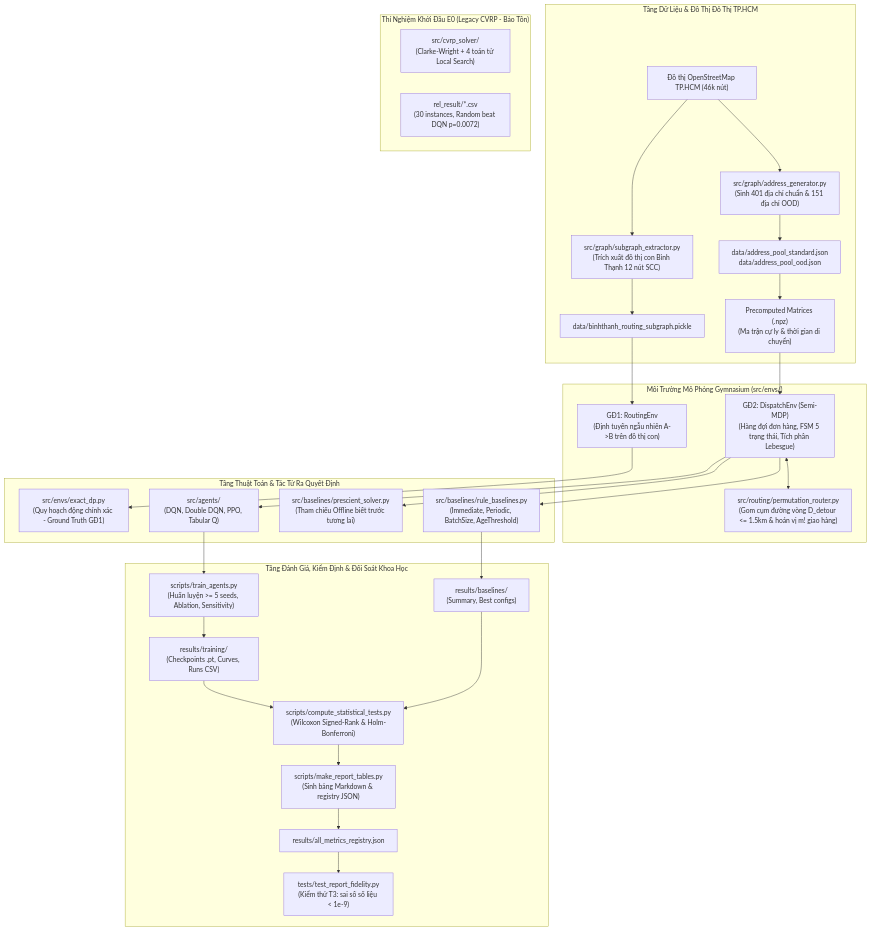
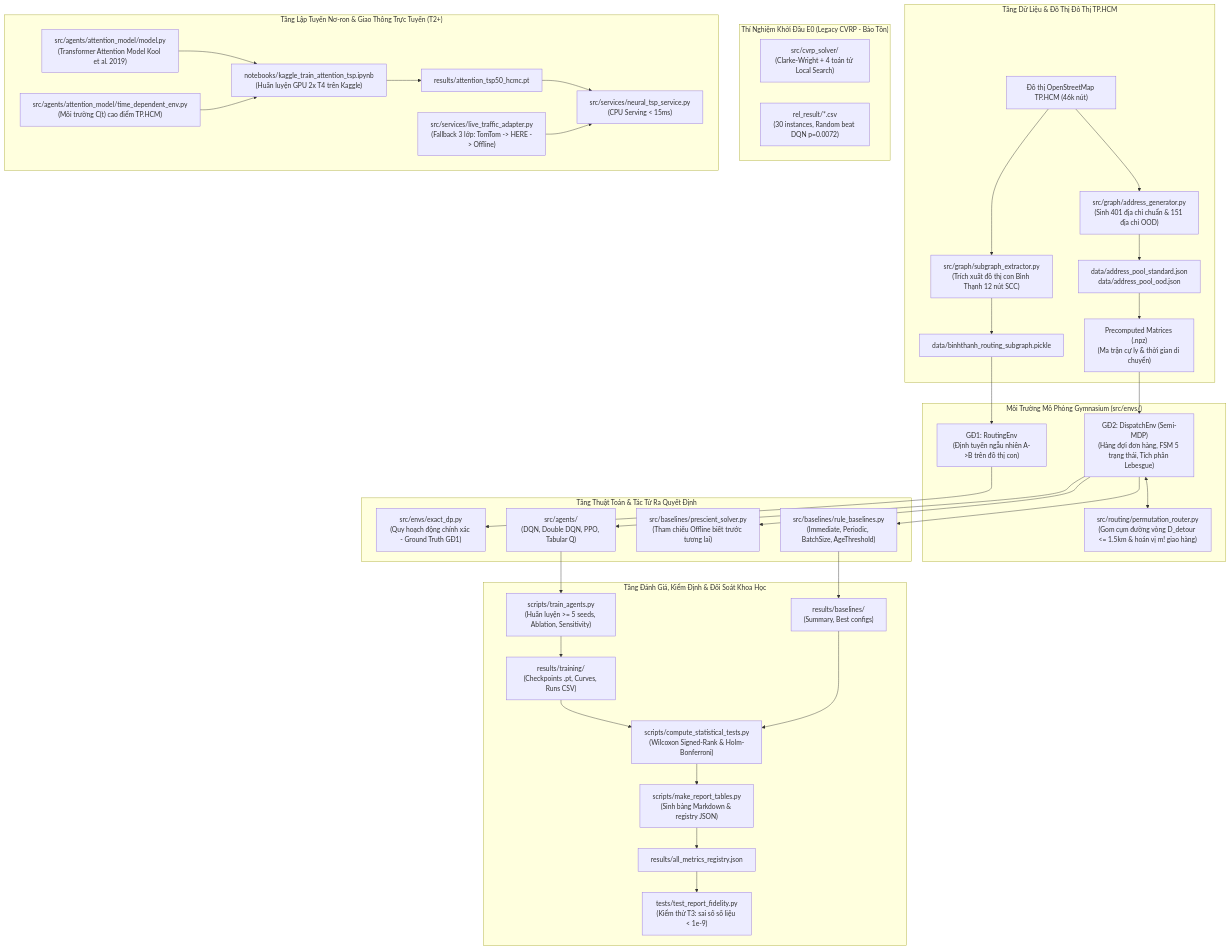
Before and after one commit to philipsgn/HotWAY: the diagram in ARCHITECTURE.md, drawn with Mermaid. The commit also changed other lines of this file and 26 other files, not shown here.

Commit message:
feat(neural-tsp): implement Kool et al. (2019) Attention Model, 3-layer traffic fallback, cleanup legacy code & sync docs (v7.1.0)

````diff
--- a/ARCHITECTURE.md
+++ b/ARCHITECTURE.md
@@ -12,53 +12,66 @@
 ```mermaid
 flowchart TD
     subgraph S1["Tầng Dữ Liệu & Đồ Thị Đô Thị TP.HCM"]
         OSM["Đồ thị OpenStreetMap TP.HCM (46k nút)"]
         SubExt["src/graph/subgraph_extractor.py\n(Trích xuất đồ thị con Bình Thạnh 12 nút SCC)"]
         AddrGen["src/graph/address_generator.py\n(Sinh 401 địa chỉ chuẩn & 151 địa chỉ OOD)"]
         MatPre["Precomputed Matrices (.npz)\n(Ma trận cự ly & thời gian di chuyển)"]
         
         OSM --> SubExt --> SubGraph["data/binhthanh_routing_subgraph.pickle"]
         OSM --> AddrGen --> AddrPools["data/address_pool_standard.json\ndata/address_pool_ood.json"]
         AddrPools --> MatPre
     end
 
     subgraph S2["Môi Trường Mô Phỏng Gymnasium (src/envs/)"]
         R_Env["GĐ1: RoutingEnv\n(Định tuyến ngẫu nhiên A->B trên đồ thị con)"]
         D_Env["GĐ2: DispatchEnv (Semi-MDP)\n(Hàng đợi đơn hàng, FSM 5 trạng thái, Tích phân Lebesgue)"]
         Router["src/routing/permutation_router.py\n(Gom cụm đường vòng D_detour <= 1.5km & hoán vị m! giao hàng)"]
         
         SubGraph --> R_Env
         MatPre --> D_Env
         D_Env <--> Router
     end
 
     subgraph S3["Tầng Thuật Toán & Tác Tử Ra Quyết Định"]
         DP["src/envs/exact_dp.py\n(Quy hoạch động chính xác - Ground Truth GĐ1)"]
         RuleBase["src/baselines/rule_baselines.py\n(Immediate, Periodic, BatchSize, AgeThreshold)"]
         Prescient["src/baselines/prescient_solver.py\n(Tham chiếu Offline biết trước tương lai)"]
         RL_Agents["src/agents/\n(DQN, Double DQN, PPO, Tabular Q)"]
         
         R_Env --> DP
         D_Env --> RuleBase
         D_Env --> Prescient
         D_Env --> RL_Agents
     end
 
     subgraph S4["Tầng Đánh Giá, Kiểm Định & Đối Soát Khoa Học"]
         TrainScript["scripts/train_agents.py\n(Huấn luyện >= 5 seeds, Ablation, Sensitivity)"]
         EvalScript["scripts/compute_statistical_tests.py\n(Wilcoxon Signed-Rank & Holm-Bonferroni)"]
         DocScript["scripts/make_report_tables.py\n(Sinh bảng Markdown & registry JSON)"]
         TestFidelity["tests/test_report_fidelity.py\n(Kiểm thử T3: sai số số liệu < 1e-9)"]
         
         RL_Agents --> TrainScript --> Results["results/training/\n(Checkpoints .pt, Curves, Runs CSV)"]
         RuleBase --> BaseResults["results/baselines/\n(Summary, Best configs)"]
         Results & BaseResults --> EvalScript
         EvalScript --> DocScript --> Registry["results/all_metrics_registry.json"]
         Registry --> TestFidelity
     end
 
     subgraph S5["Thí Nghiệm Khởi Đầu E0 (Legacy CVRP - Bảo Tồn)"]
         OldSolver["src/cvrp_solver/\n(Clarke-Wright + 4 toán tử Local Search)"]
         OldResults["rel_result/*.csv\n(30 instances, Random beat DQN p=0.0072)"]
     end
+
+    subgraph S6["Tầng Lập Tuyến Nơ-ron & Giao Thông Trực Tuyến (T2+)"]
+        AttnModel["src/agents/attention_model/model.py\n(Transformer Attention Model Kool et al. 2019)"]
+        TimeEnv["src/agents/attention_model/time_dependent_env.py\n(Môi trường C(t) cao điểm TP.HCM)"]
+        TrafficAdapt["src/services/live_traffic_adapter.py\n(Fallback 3 lớp: TomTom -> HERE -> Offline)"]
+        NeuralServ["src/services/neural_tsp_service.py\n(CPU Serving < 15ms)"]
+        KaggleTrain["notebooks/kaggle_train_attention_tsp.ipynb\n(Huấn luyện GPU 2x T4 trên Kaggle)"]
+        
+        AttnModel --> KaggleTrain --> Weights["results/attention_tsp50_hcmc.pt"]
+        Weights --> NeuralServ
+        TimeEnv --> KaggleTrain
+        TrafficAdapt --> NeuralServ
+    end
 ```
````
